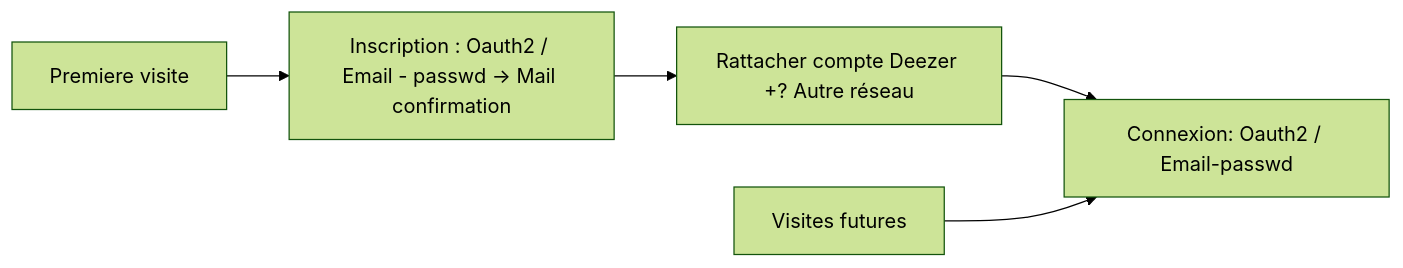
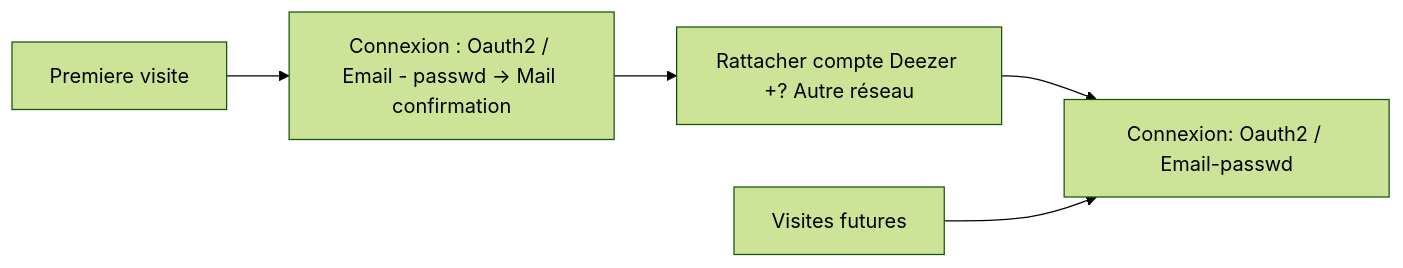
The first of 2 diagrams in Readme.md (Alhuin/MusicRoom), drawn with Mermaid (forest theme) before and after one commit. The commit also changed other lines of this file and 13 other files, not shown here.

````diff
--- a/Readme.md
+++ b/Readme.md
@@ -29,8 +29,8 @@
 ```mermaid
 graph LR
-A[Premiere visite] --> B[Inscription : Oauth2 / Email - passwd -> Mail confirmation]
+A[Premiere visite] --> B[Connexion : Oauth2 / Email - passwd -> Mail confirmation]
 B --> C[Rattacher compte Deezer +? Autre réseau]
 C --> E
 D[Visites futures] --> E[Connexion: Oauth2 / Email-passwd]
 
 ```
````
